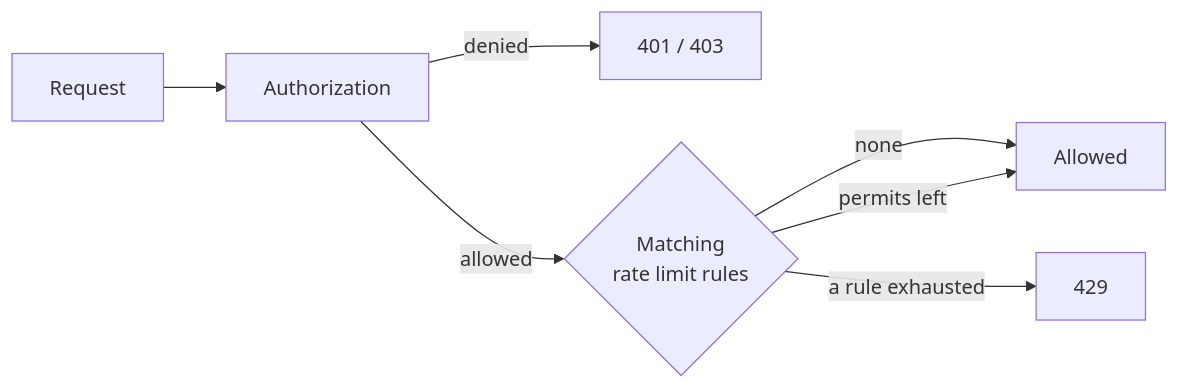
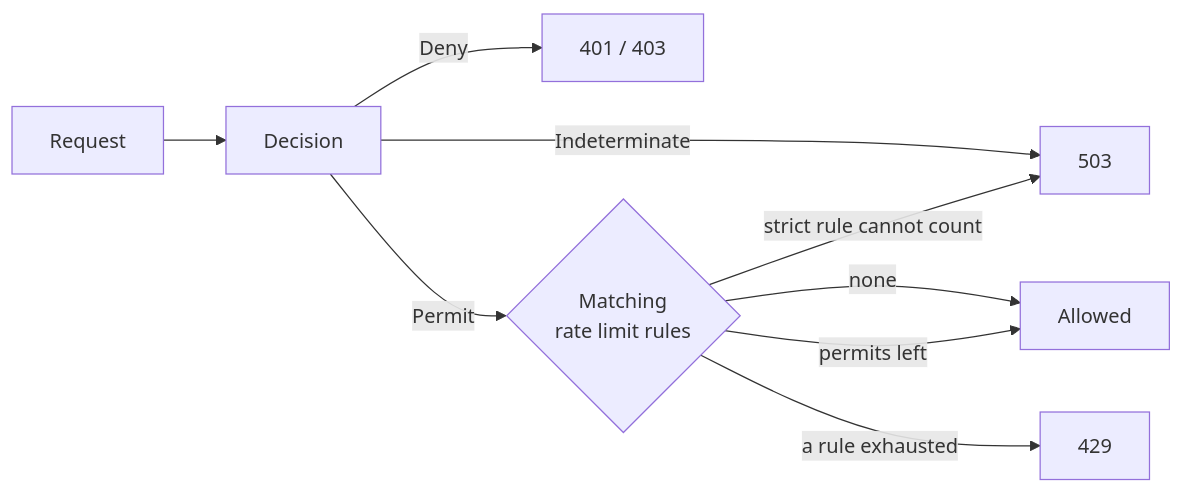
Before and after one commit to Ahoo-Wang/CoSec: the diagram in wiki/policies/rate-limiting.md, drawn with Mermaid. The commit also changed other lines of this file and 54 other files, not shown here.

````diff
--- a/wiki/policies/rate-limiting.md
+++ b/wiki/policies/rate-limiting.md
@@ -16,9 +17,11 @@
 ```mermaid
 flowchart LR
-    A[Request] --> B[Authorization]
-    B -->|denied| D[401 / 403]
-    B -->|allowed| C{Matching<br>rate limit rules}
+    A[Request] --> B[Decision]
+    B -->|Deny| D[401 / 403]
+    B -->|Indeterminate| U[503]
+    B -->|Permit| C{Matching<br>rate limit rules}
     C -->|none| E[Allowed]
     C -->|permits left| E
     C -->|a rule exhausted| F[429]
+    C -->|strict rule cannot count| U
 ```
````
